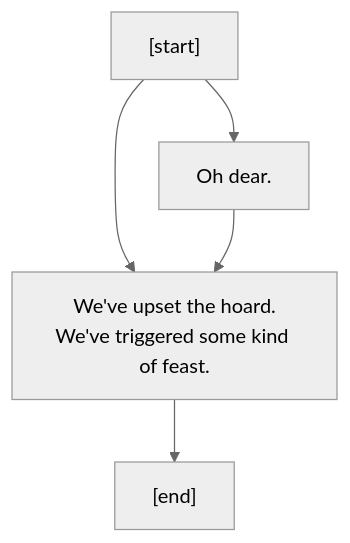
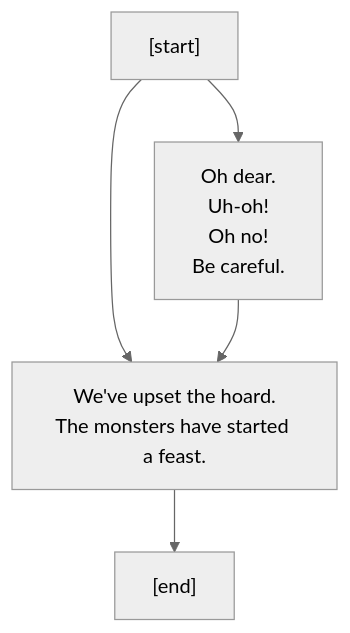
One commit to charredUtensil/groundhog changed the first of 4 diagrams in src/core/lore/graphs/pandora.md. Above: the diagram before and after it, drawn with Mermaid (neutral theme). The commit also changed other lines of this file and 4 other files, not shown here.

Commit message:
clean up mermaid

````diff
--- a/src/core/lore/graphs/pandora.md
+++ b/src/core/lore/graphs/pandora.md
@@ -3,11 +3,11 @@
 ```mermaid
 flowchart TD;
 P0["[start]"]
 P0 --> P1
 P0 --> P2
-P1["Oh dear."]
+P1["Oh dear.<br/>Uh-oh!<br/>Oh no!<br/>Be careful."]
 P1 --> P2
-P2["We've upset the hoard.<br/>We've triggered some kind of feast. "]
+P2["We've upset the hoard.<br/>The monsters have started a feast. "]
 P2 --> P3
 P3["[end]"]
 ```
````
